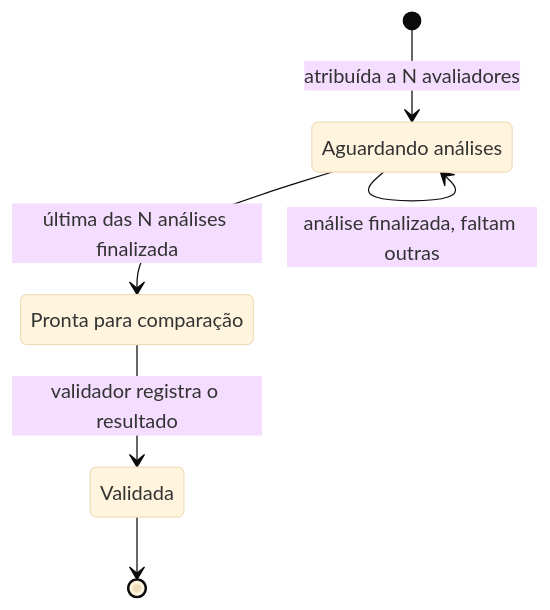
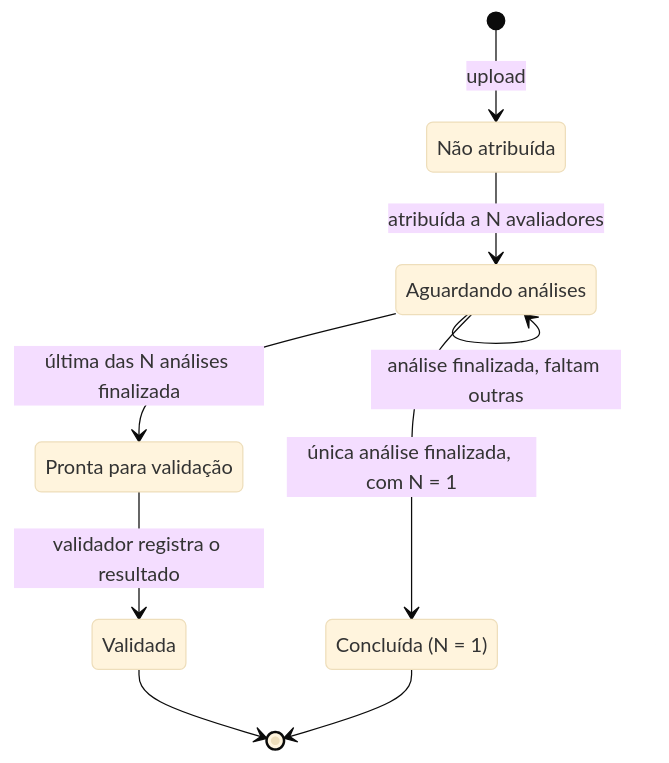
Diagram 11 of 13 in docs/02-arquitetura.md (Matheus-Lordron/ki67), drawn with Mermaid (base theme) before and after one commit. The commit also changed other lines of this file and 116 other files, not shown here.

````diff
--- a/docs/02-arquitetura.md
+++ b/docs/02-arquitetura.md
@@ -431,12 +429,17 @@
 ```mermaid
 stateDiagram-v2
+    state "Não atribuída" as NAO
     state "Aguardando análises" as AGUARDANDO
-    state "Pronta para comparação" as PRONTA
+    state "Pronta para validação" as PRONTA
     state "Validada" as VALIDADA
+    state "Concluída (N = 1)" as CONCLUIDA
 
-    [*] --> AGUARDANDO: atribuída a N avaliadores
+    [*] --> NAO: upload
+    NAO --> AGUARDANDO: atribuída a N avaliadores
     AGUARDANDO --> AGUARDANDO: análise finalizada, faltam outras
     AGUARDANDO --> PRONTA: última das N análises finalizada
+    AGUARDANDO --> CONCLUIDA: única análise finalizada, com N = 1
     PRONTA --> VALIDADA: validador registra o resultado
     VALIDADA --> [*]
+    CONCLUIDA --> [*]
 ```
````
